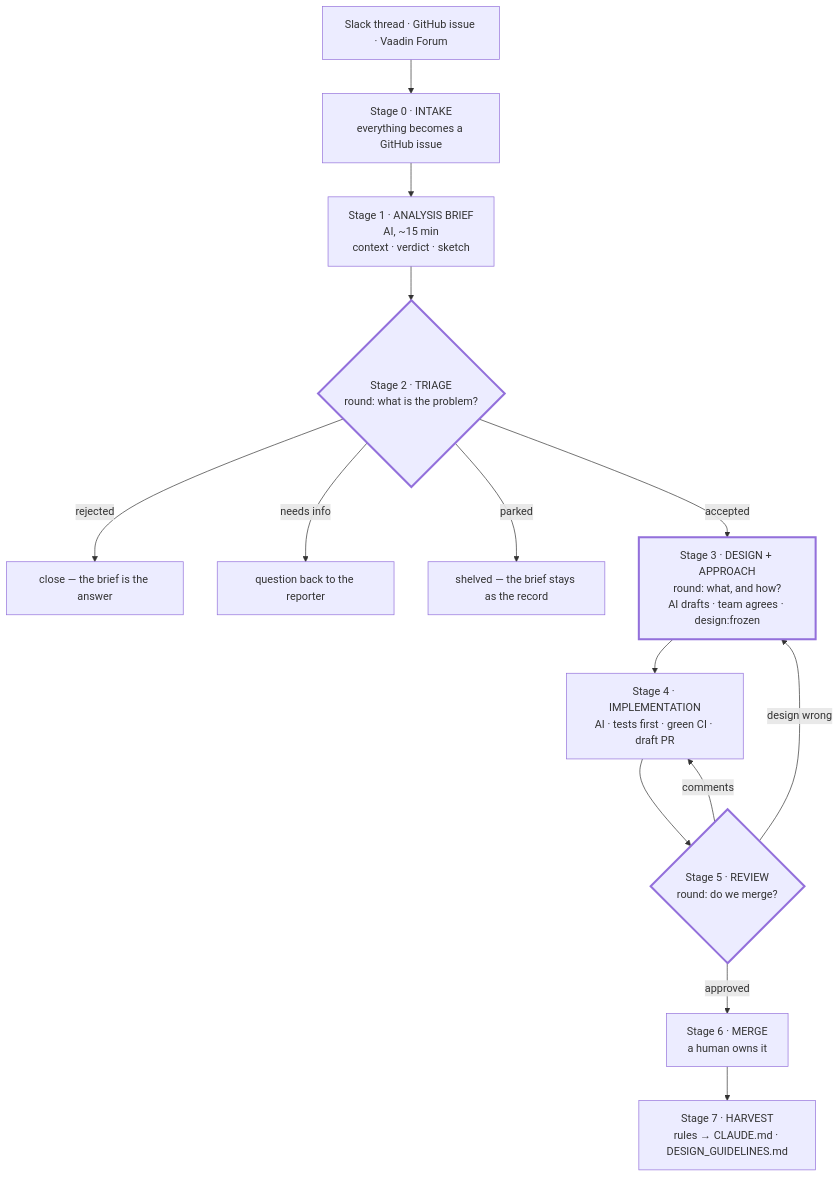
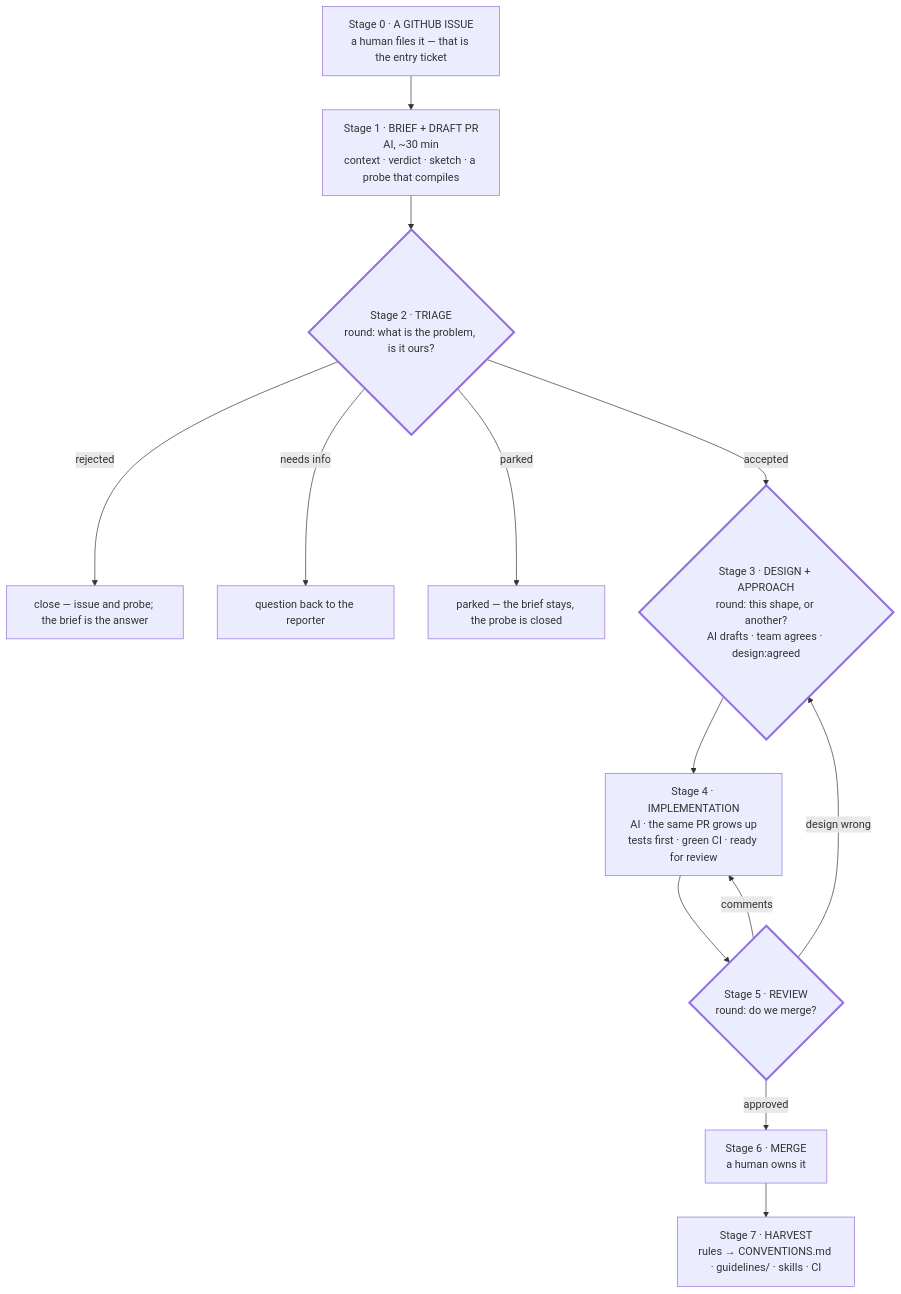
The diagram in AI_WORKFLOW.md (vaadin/flow), drawn with Mermaid before and after one commit. The commit also changed other lines of this file, not shown here.

First line of the commit message:
docs: start AI workflow from a filed issue and open a PR at once

````diff
--- a/AI_WORKFLOW.md
+++ b/AI_WORKFLOW.md
@@ -200,27 +260,26 @@
 ```mermaid
 flowchart TD
-    IN["Slack thread · GitHub issue · Vaadin Forum"]
-    S0["Stage 0 · INTAKE<br/>everything becomes a GitHub issue"]
-    S1["Stage 1 · ANALYSIS BRIEF<br/>AI, ~15 min<br/>context · verdict · sketch"]
-    S2{"Stage 2 · TRIAGE<br/>round: what is the problem?"}
-    RJ["close — the brief is the answer"]
+    S0["Stage 0 · A GITHUB ISSUE<br/>a human files it — that is the entry ticket"]
+    S1["Stage 1 · BRIEF + DRAFT PR<br/>AI, ~30 min<br/>context · verdict · sketch · a probe that compiles"]
+    S2{"Stage 2 · TRIAGE<br/>round: what is the problem, is it ours?"}
+    RJ["close — issue and probe; the brief is the answer"]
     NI["question back to the reporter"]
-    PK["shelved — the brief stays as the record"]
-    S3["Stage 3 · DESIGN + APPROACH<br/>round: what, and how?<br/>AI drafts · team agrees · design:frozen"]
-    S4["Stage 4 · IMPLEMENTATION<br/>AI · tests first · green CI · draft PR"]
+    PK["parked — the brief stays, the probe is closed"]
+    S3{"Stage 3 · DESIGN + APPROACH<br/>round: this shape, or another?<br/>AI drafts · team agrees · design:agreed"}
+    S4["Stage 4 · IMPLEMENTATION<br/>AI · the same PR grows up<br/>tests first · green CI · ready for review"]
     S5{"Stage 5 · REVIEW<br/>round: do we merge?"}
     S6["Stage 6 · MERGE<br/>a human owns it"]
-    S7["Stage 7 · HARVEST<br/>rules → CLAUDE.md · DESIGN_GUIDELINES.md"]
+    S7["Stage 7 · HARVEST<br/>rules → CONVENTIONS.md · guidelines/ · skills · CI"]
 
-    IN --> S0 --> S1 --> S2
+    S0 --> S1 --> S2
     S2 -- rejected --> RJ
     S2 -- needs info --> NI
     S2 -- parked --> PK
     S2 -- accepted --> S3 --> S4 --> S5
     S5 -- comments --> S4
     S5 -- design wrong --> S3
     S5 -- approved --> S6 --> S7
 
     classDef round stroke-width:3px;
     class S2,S3,S5 round;
 ```
````
